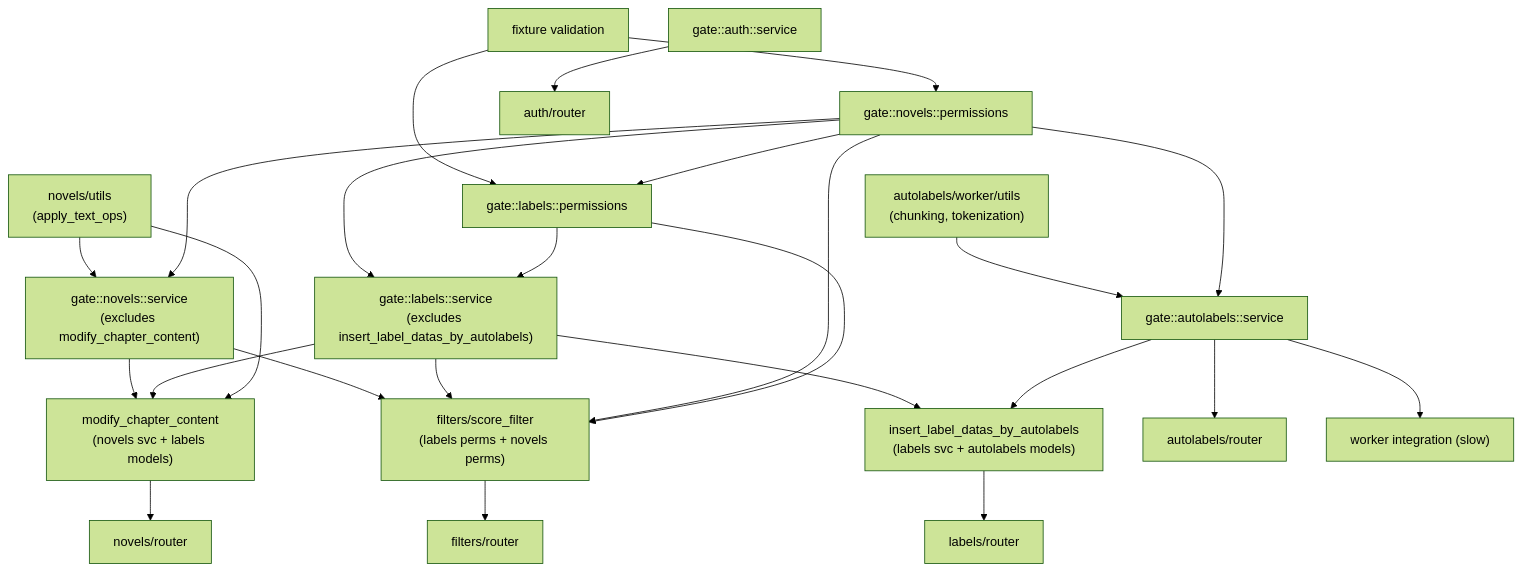
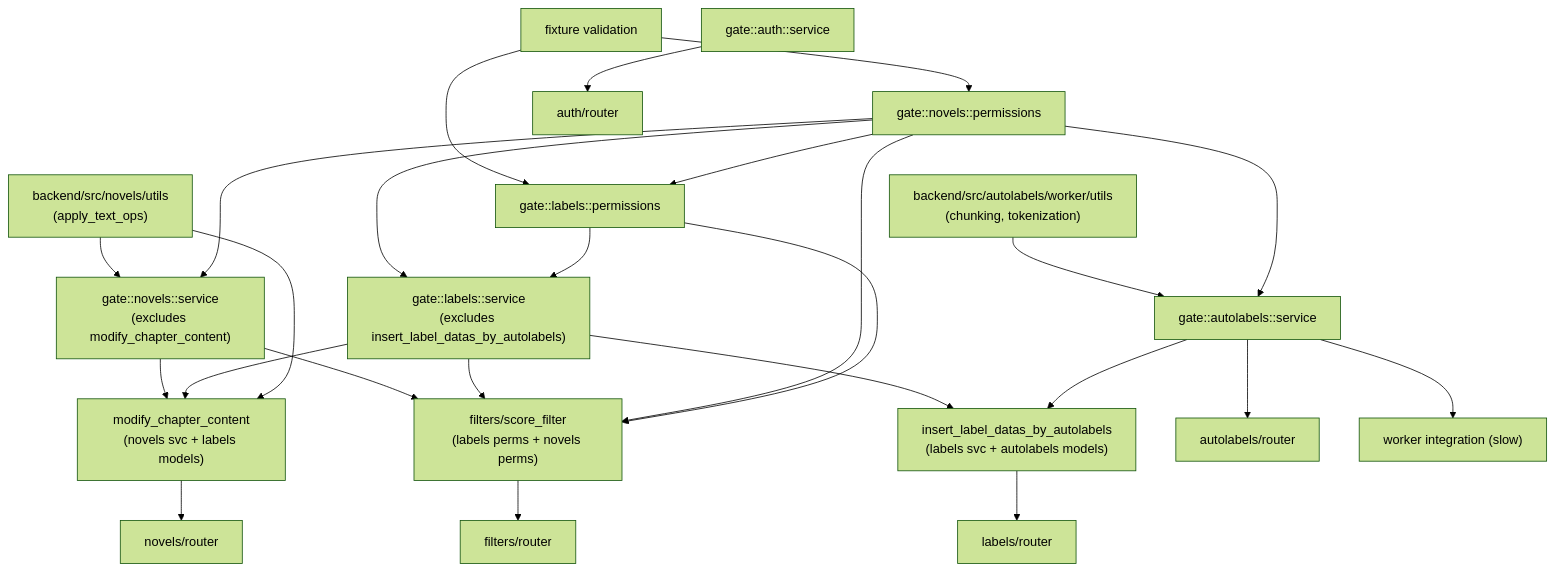
The diagram in docs/testing-architecture.md (lzguan/noveltl), drawn with Mermaid (forest theme) before and after one commit. The commit also changed other lines of this file, not shown here.

````diff
--- a/docs/testing-architecture.md
+++ b/docs/testing-architecture.md
@@ -132,74 +132,74 @@
 ```mermaid
 graph TD
     %% Layer 0a: Pure utils (no Session parameter)
-    L0a_novels["novels/utils<br/>(apply_text_ops)"]
-    L0a_autolabels["autolabels/worker/utils<br/>(chunking, tokenization)"]
+    L0a_novels["backend/src/novels/utils<br/>(apply_text_ops)"]
+    L0a_autolabels["backend/src/autolabels/worker/utils<br/>(chunking, tokenization)"]
 
     %% Layer 0b: Fixture validation
     L0b["fixture validation"]
 
     %% Layer 1: Permissions
     L1_novels["gate::novels::permissions"]
     L1_labels["gate::labels::permissions"]
 
     %% Layer 2: Service
     L2_auth["gate::auth::service"]
     L2_novels["gate::novels::service<br/>(excludes modify_chapter_content)"]
     L2_labels["gate::labels::service<br/>(excludes insert_label_datas_by_autolabels)"]
     L2_autolabels["gate::autolabels::service"]
 
     %% Layer 3: Integration
     L3_modify["modify_chapter_content<br/>(novels svc + labels models)"]
     L3_filters["filters/score_filter<br/>(labels perms + novels perms)"]
     L3_label_auto["insert_label_datas_by_autolabels<br/>(labels svc + autolabels models)"]
 
     %% Layer 4: Router / API
     L4_novels["novels/router"]
     L4_labels["labels/router"]
     L4_autolabels["autolabels/router"]
     L4_auth["auth/router"]
     L4_filters["filters/router"]
 
     %% Worker
     W["worker integration (slow)"]
 
     %% Layer 0 → Layer 1
     L0b --> L1_novels
     L0b --> L1_labels
 
     %% Layer 0a → Layer 2 (services depend on their utils)
     L0a_novels --> L2_novels
     L0a_autolabels --> L2_autolabels
 
     %% Layer 1 → Layer 1 (labels perms depend on novels perms)
     L1_novels --> L1_labels
 
     %% Layer 1 → Layer 2
     L1_novels --> L2_novels
     L1_novels --> L2_labels
     L1_novels --> L2_autolabels
     L1_labels --> L2_labels
 
     %% Layer 2 → Layer 3
     L2_novels --> L3_modify
     L2_labels --> L3_modify
     L0a_novels --> L3_modify
     L2_novels --> L3_filters
     L2_labels --> L3_filters
     L1_novels --> L3_filters
     L1_labels --> L3_filters
     L2_labels --> L3_label_auto
     L2_autolabels --> L3_label_auto
 
     %% Layer 3 → Layer 4
     L3_modify --> L4_novels
     L3_filters --> L4_filters
     L3_label_auto --> L4_labels
 
     %% Layer 2 → Layer 4
     L2_autolabels --> L4_autolabels
     L2_auth --> L4_auth
 
     %% Worker
     L2_autolabels --> W
 ```
````
